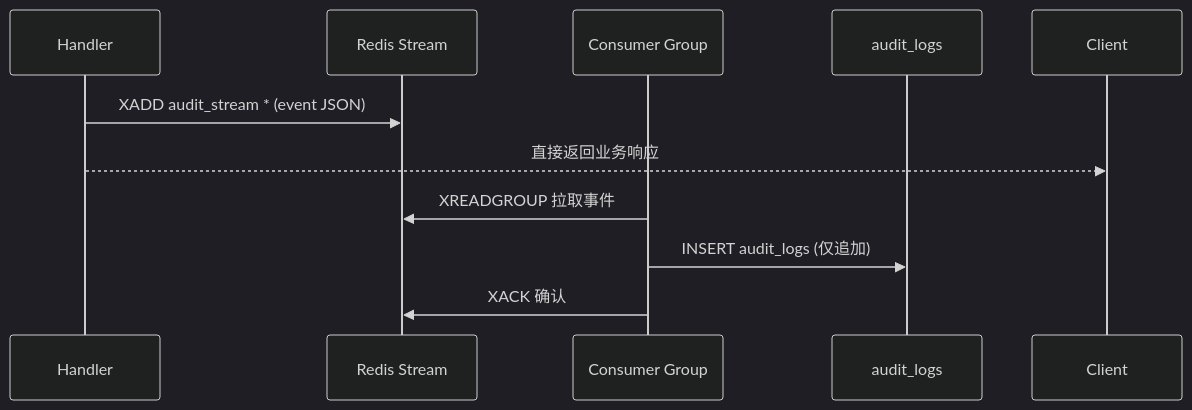
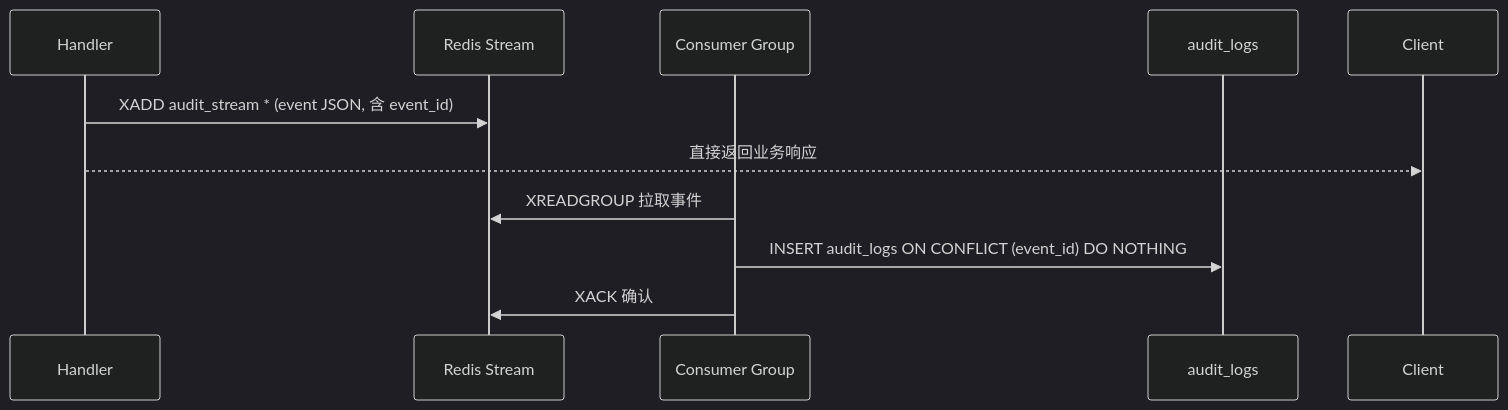
Before and after one commit to huangsf89757/XYFamily: the diagram in wiki/03-架构与方案设计/04-链路实现/03-审计日志方案.md, drawn with Mermaid (dark theme). The commit also changed other lines of this file and 388 other files, not shown here.

````diff
--- a/wiki/03-架构与方案设计/04-链路实现/03-审计日志方案.md
+++ b/wiki/03-架构与方案设计/04-链路实现/03-审计日志方案.md
@@ -29,13 +30,13 @@
 ```mermaid
 sequenceDiagram
     participant H as Handler
     participant RD as Redis Stream
     participant CG as Consumer Group
     participant PG as audit_logs
 
-    H->>RD: XADD audit_stream * (event JSON)
+    H->>RD: XADD audit_stream * (event JSON, 含 event_id)
     H-->>Client: 直接返回业务响应
     CG->>RD: XREADGROUP 拉取事件
-    CG->>PG: INSERT audit_logs (仅追加)
+    CG->>PG: INSERT audit_logs ON CONFLICT (event_id) DO NOTHING
     CG->>RD: XACK 确认
 ```
````
